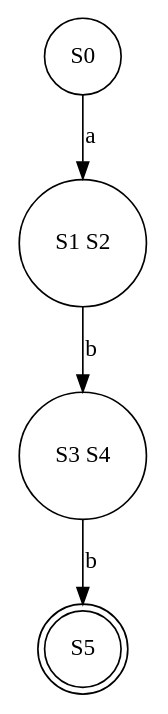
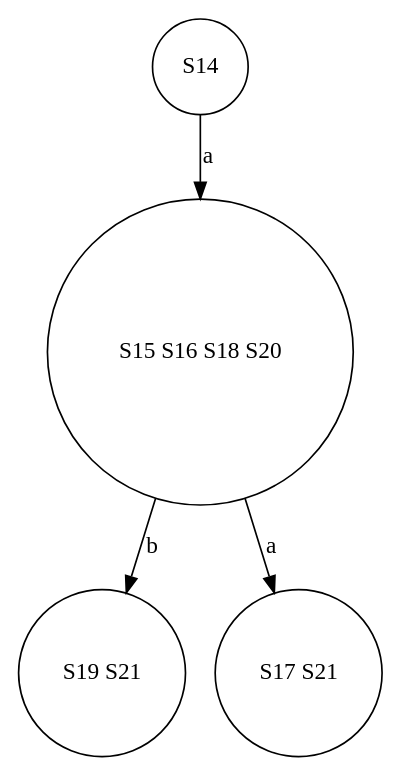
Before and after one commit to ZiadSheriif/AutoMajestic: the diagram in output/dfa/dfa.gv, drawn with Graphviz. The commit also changed 14 other files, not shown here.

```diff
--- a/output/dfa/dfa.gv
+++ b/output/dfa/dfa.gv
@@ -1,9 +1,9 @@
 digraph DFA {
-	S0 [shape=circle]
-	S0 -> "S1 S2" [label=a]
-	"S1 S2" [shape=circle]
-	"S1 S2" -> "S3 S4" [label=b]
-	"S3 S4" [shape=circle]
-	"S3 S4" -> S5 [label=b]
-	S5 [shape=doublecircle]
+	S14 [shape=circle]
+	S14 -> "S15 S16 S18 S20" [label=a]
+	"S15 S16 S18 S20" [shape=circle]
+	"S15 S16 S18 S20" -> "S19 S21" [label=b]
+	"S15 S16 S18 S20" -> "S17 S21" [label=a]
+	"S19 S21" [shape=circle]
+	"S17 S21" [shape=circle]
 }
```
